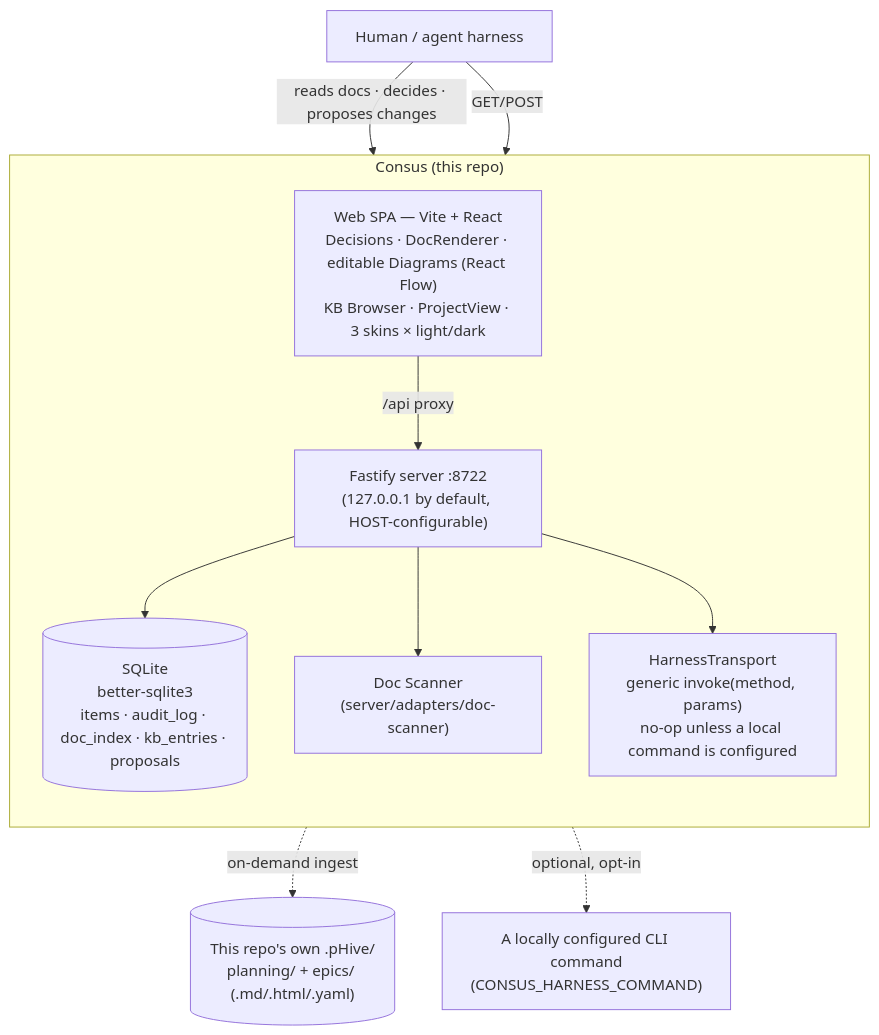
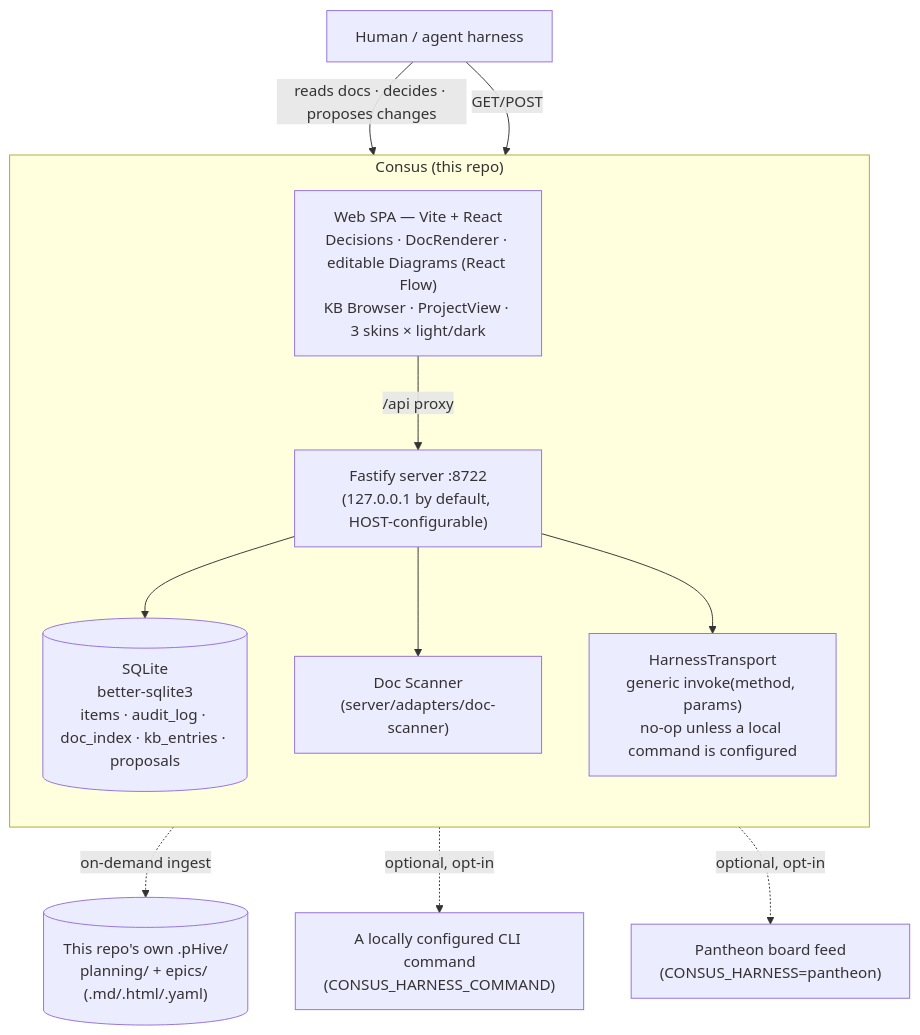
The diagram in README.md (mdostal/consus), drawn with Mermaid before and after one commit. The commit also changed other lines of this file and 5 other files, not shown here.

First line of the commit message:
Add PantheonHarnessTransport and result puller (PANT-713)

````diff
--- a/README.md
+++ b/README.md
@@ -30,21 +30,22 @@
 ```mermaid
 flowchart TB
   subgraph Consus["Consus (this repo)"]
     direction TB
     Web["Web SPA — Vite + React<br/>Decisions · DocRenderer · editable Diagrams (React Flow)<br/>KB Browser · ProjectView · 3 skins × light/dark"]
     API["Fastify server :8722<br/>(127.0.0.1 by default, HOST-configurable)"]
     DB[("SQLite<br/>better-sqlite3<br/>items · audit_log · doc_index · kb_entries · proposals")]
     Scanner["Doc Scanner<br/>(server/adapters/doc-scanner)"]
     Harness["HarnessTransport<br/>generic invoke(method, params)<br/>no-op unless a local command is configured"]
     Web -->|/api proxy| API
     API --> DB
     API --> Scanner
     API --> Harness
   end
 
   Scanner -.on-demand ingest.-> Repo[("This repo's own .pHive/<br/>planning/ + epics/ (.md/.html/.yaml)")]
   Harness -.optional, opt-in.-> LocalCmd["A locally configured CLI command<br/>(CONSUS_HARNESS_COMMAND)"]
+  Harness -.optional, opt-in.-> PantheonFeed["Pantheon board feed<br/>(CONSUS_HARNESS=pantheon)"]
 
   Human["Human / agent harness"] -->|reads docs · decides · proposes changes| Web
   Human -->|GET/POST| API
 ```
````
